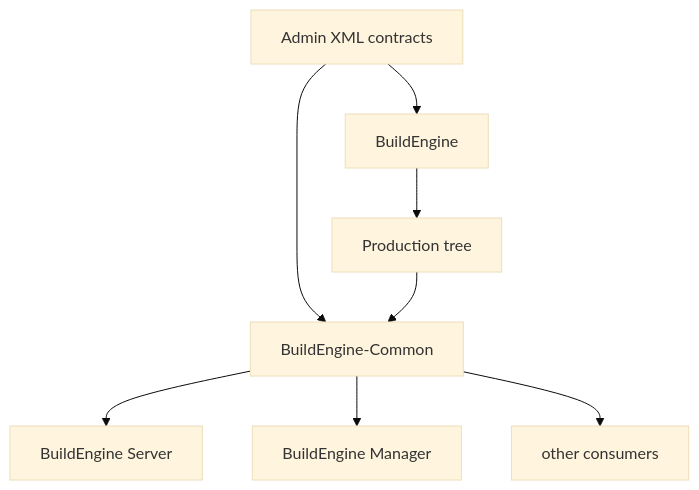
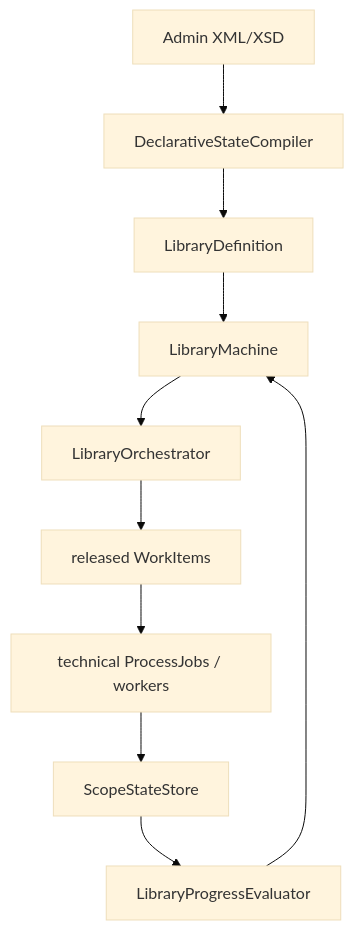
The diagram in admin/server-docs/buildengine.md (adeccscholar/BuildEngine-Admin), drawn with Mermaid (base theme) before and after one commit. The commit also changed other lines of this file, not shown here.

Commit message:
Document active library FSM architecture

````diff
--- a/admin/server-docs/buildengine.md
+++ b/admin/server-docs/buildengine.md
@@ -22,10 +30,12 @@
 ```mermaid
 flowchart TD
-    XML[Admin XML contracts] --> BE[BuildEngine]
-    XML --> C[BuildEngine-Common]
-    BE --> PROD[Production tree]
-    PROD --> C
-    C --> S[BuildEngine Server]
-    C --> M[BuildEngine Manager]
-    C --> O[other consumers]
+    XML[Admin XML/XSD] --> COMP[DeclarativeStateCompiler]
+    COMP --> DEF[LibraryDefinition]
+    PERSIST[ScopeStateStore] --> EVAL[LibraryProgressEvaluator]
+    DEF --> FSM[LibraryMachine]
+    EVAL --> FSM
+    FSM --> ORCH[LibraryOrchestrator]
+    ORCH --> WORK[released WorkItems]
+    WORK --> EXEC[technical ProcessJobs / workers]
+    EXEC --> PERSIST
 ```
````
